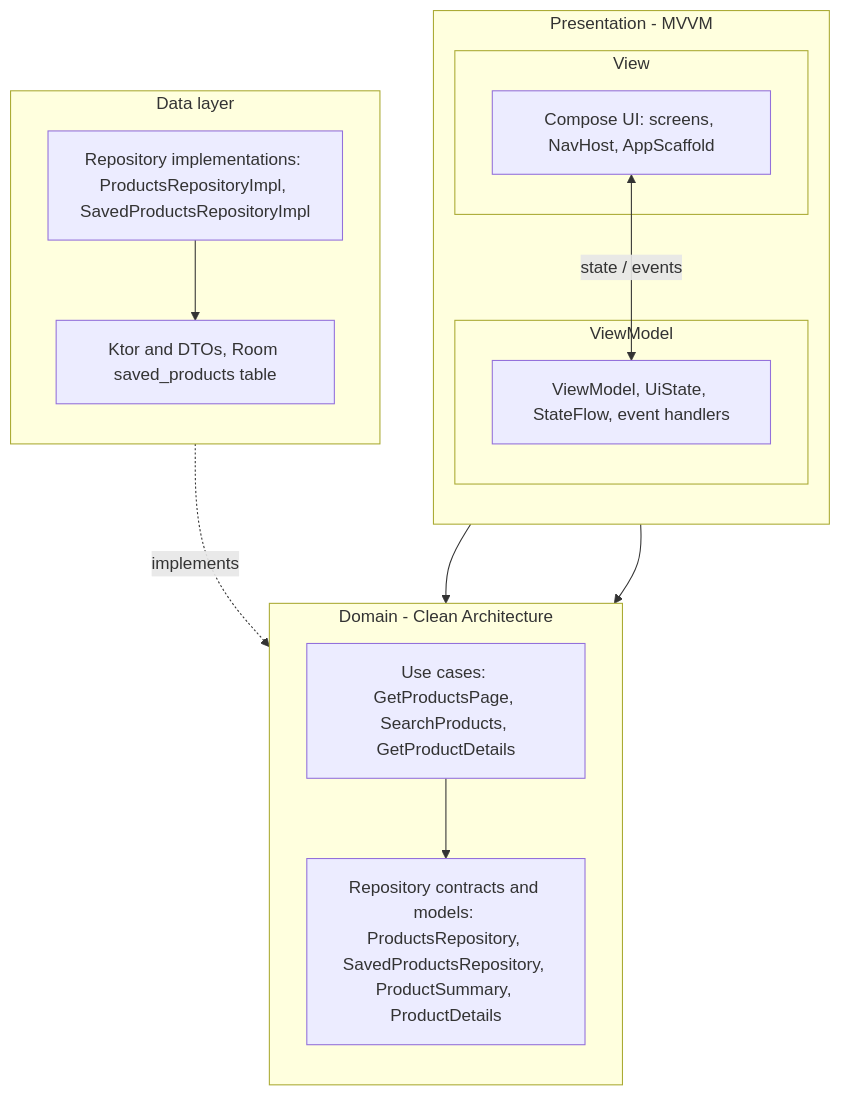
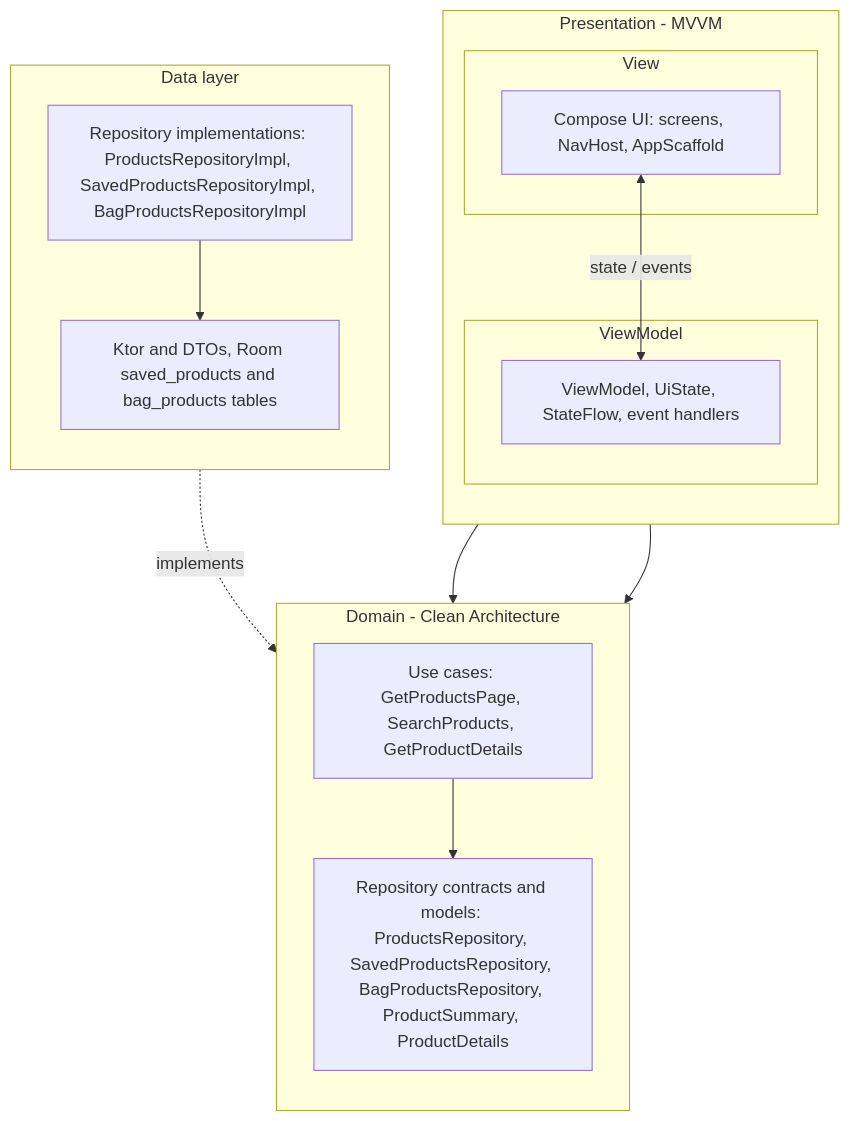
The diagram in README.md (abilashcse/next-android-test), drawn with Mermaid before and after one commit. The commit also changed other lines of this file and 17 other files, not shown here.

First line of the commit message:
feat: add to bag with Room and Bag tab

````diff
--- a/README.md
+++ b/README.md
@@ -31,31 +31,31 @@
 ```mermaid
 flowchart TB
   subgraph MVVM["Presentation - MVVM"]
     direction TB
     subgraph ViewLayer["View"]
       Screens["Compose UI: screens, NavHost, AppScaffold"]
     end
     subgraph VMLayer["ViewModel"]
       VMs["ViewModel, UiState, StateFlow, event handlers"]
     end
     Screens <-->|state / events| VMs
   end
 
   subgraph Domain["Domain - Clean Architecture"]
     direction TB
     UC["Use cases: GetProductsPage, SearchProducts, GetProductDetails"]
-    Contracts["Repository contracts and models: ProductsRepository, SavedProductsRepository, ProductSummary, ProductDetails"]
+    Contracts["Repository contracts and models: ProductsRepository, SavedProductsRepository, BagProductsRepository, ProductSummary, ProductDetails"]
     UC --> Contracts
   end
 
   subgraph Data["Data layer"]
     direction TB
-    Impl["Repository implementations: ProductsRepositoryImpl, SavedProductsRepositoryImpl"]
-    Sources["Ktor and DTOs, Room saved_products table"]
+    Impl["Repository implementations: ProductsRepositoryImpl, SavedProductsRepositoryImpl, BagProductsRepositoryImpl"]
+    Sources["Ktor and DTOs, Room saved_products and bag_products tables"]
     Impl --> Sources
   end
 
   VMs --> UC
   VMs --> Contracts
   Impl -.->|implements| Contracts
 ```
````
